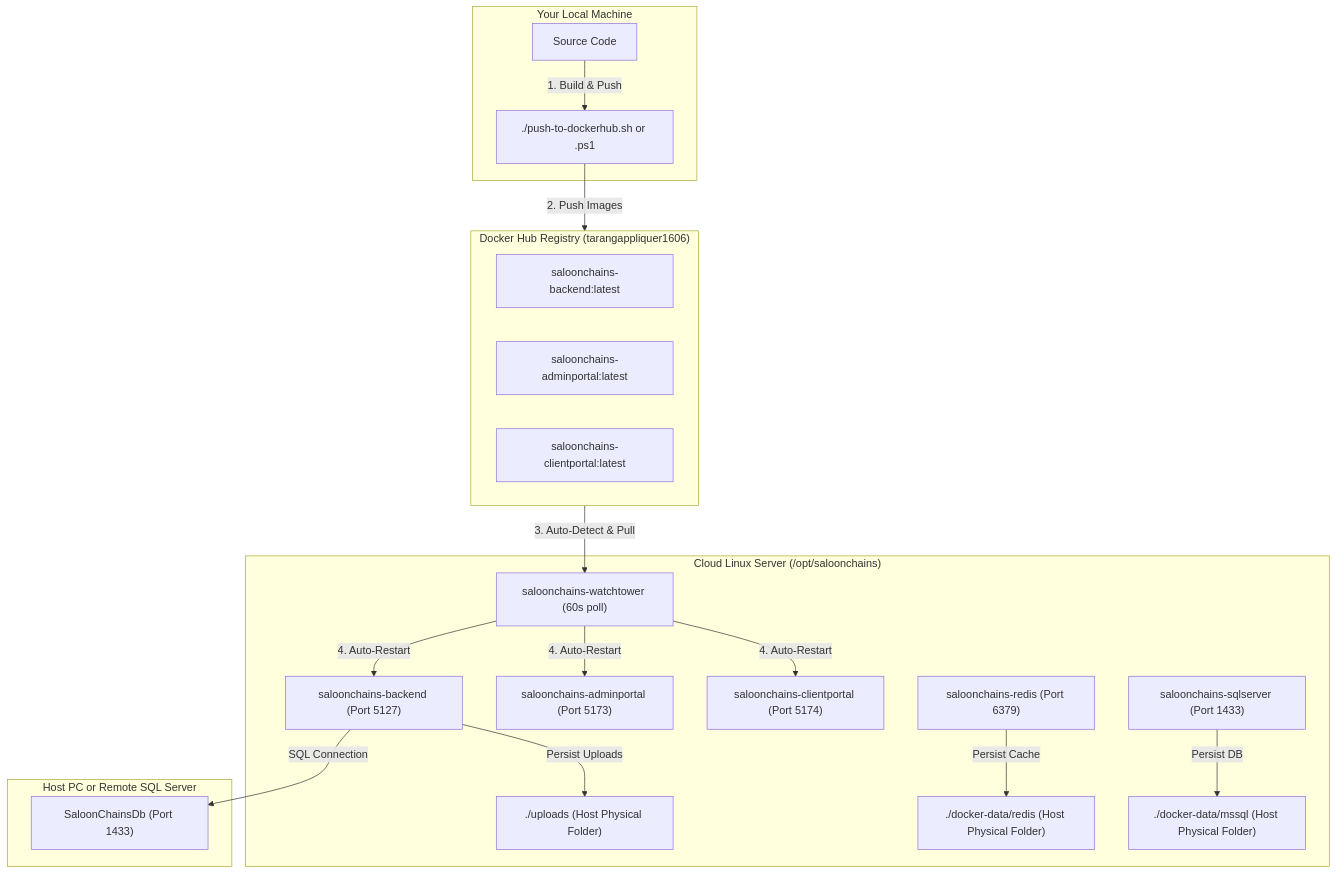
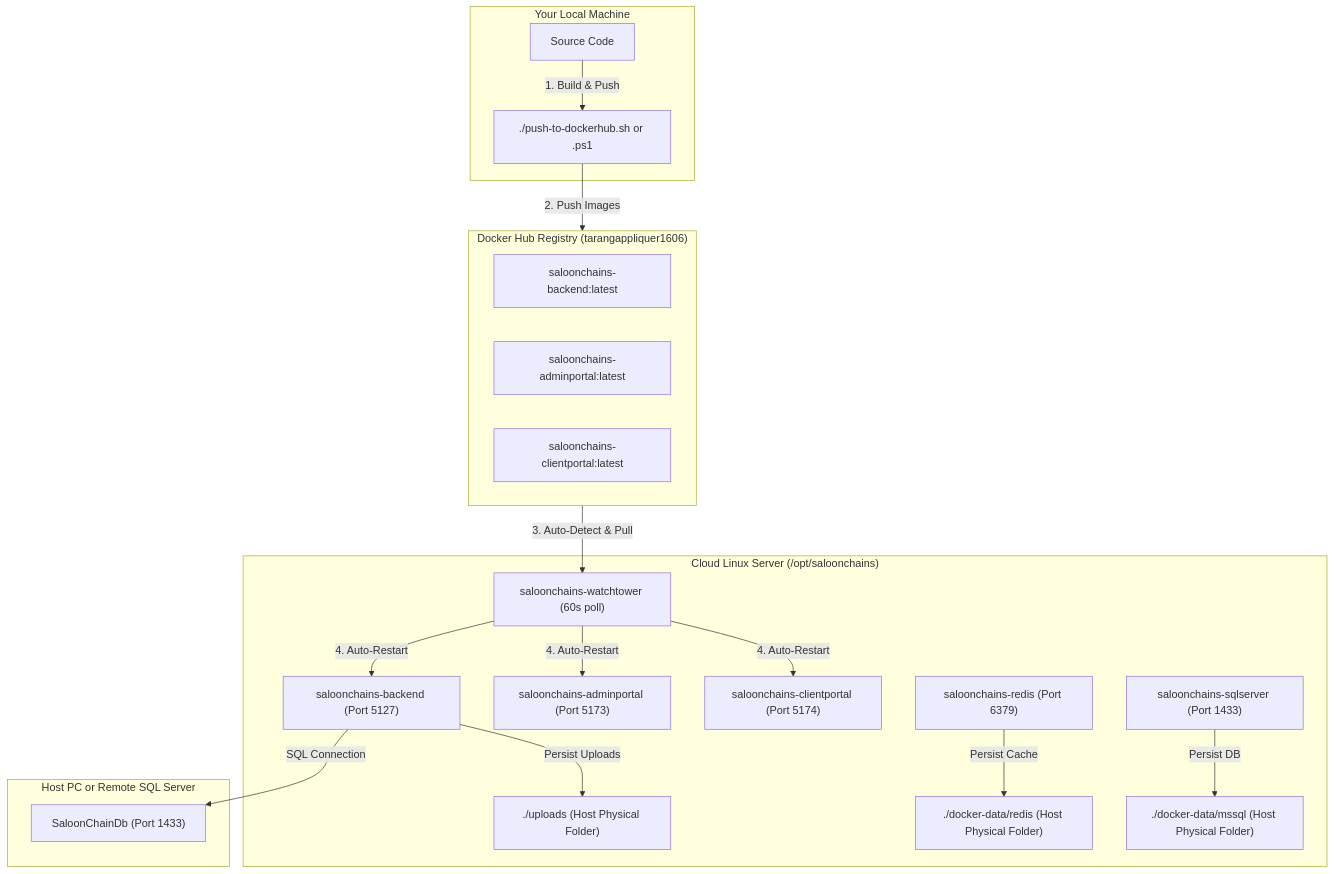
The diagram in DEPLOYMENT_GUIDE.md (tarangappliquer/saloon-chain), drawn with Mermaid before and after one commit. The commit also changed other lines of this file and 5 other files, not shown here.

Commit message:
feat: add database initialization script and rename default database to SaloonChainDb

````diff
--- a/DEPLOYMENT_GUIDE.md
+++ b/DEPLOYMENT_GUIDE.md
@@ -9,41 +9,41 @@
 ```mermaid
 flowchart TD
     subgraph LocalMachine ["Your Local Machine"]
         LocalCode["Source Code"]
         PushScript["./push-to-dockerhub.sh or .ps1"]
     end
 
     subgraph DockerHub ["Docker Hub Registry (tarangappliquer1606)"]
         BackendImg["saloonchains-backend:latest"]
         AdminImg["saloonchains-adminportal:latest"]
         ClientImg["saloonchains-clientportal:latest"]
     end
 
     subgraph CloudServer ["Cloud Linux Server (/opt/saloonchains)"]
         Watchtower["saloonchains-watchtower (60s poll)"]
         BackendContainer["saloonchains-backend (Port 5127)"]
         AdminContainer["saloonchains-adminportal (Port 5173)"]
         ClientContainer["saloonchains-clientportal (Port 5174)"]
         RedisContainer["saloonchains-redis (Port 6379)"]
         SQLContainer["saloonchains-sqlserver (Port 1433)"]
         PhysicalUploads["./uploads (Host Physical Folder)"]
         PhysicalRedis["./docker-data/redis (Host Physical Folder)"]
         PhysicalSQL["./docker-data/mssql (Host Physical Folder)"]
     end
 
     subgraph DatabaseHost ["Host PC or Remote SQL Server"]
-        SQLServer["SaloonChainsDb (Port 1433)"]
+        SQLServer["SaloonChainDb (Port 1433)"]
     end
 
     LocalCode -->|1. Build & Push| PushScript
     PushScript -->|2. Push Images| DockerHub
     DockerHub -->|3. Auto-Detect & Pull| Watchtower
     Watchtower -->|4. Auto-Restart| BackendContainer
     Watchtower -->|4. Auto-Restart| AdminContainer
     Watchtower -->|4. Auto-Restart| ClientContainer
 
     BackendContainer -->|Persist Uploads| PhysicalUploads
     RedisContainer -->|Persist Cache| PhysicalRedis
     SQLContainer -->|Persist DB| PhysicalSQL
     BackendContainer -->|SQL Connection| SQLServer
 ```
````
